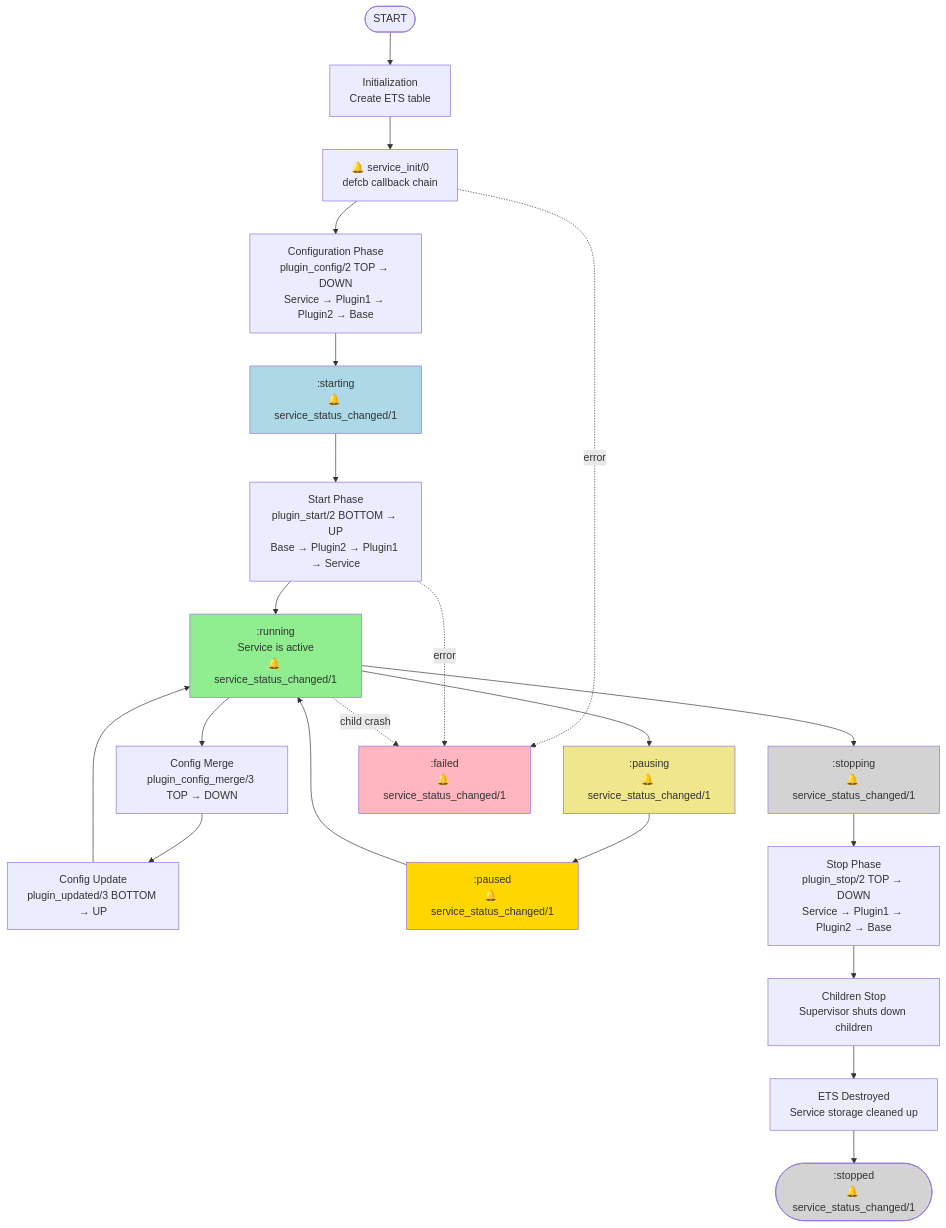
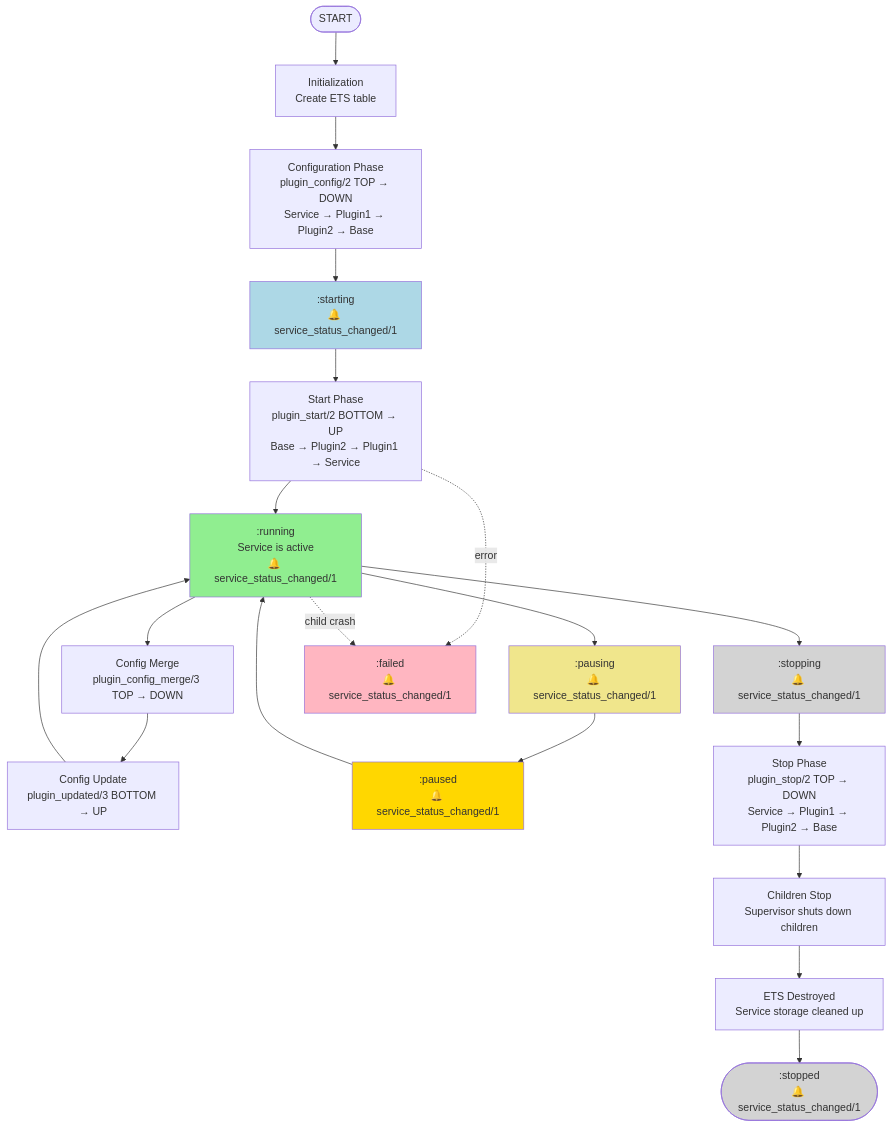
One commit to netkubes/malla changed the diagram in guides/06-lifecycle.md. Above: the diagram before and after it, drawn with Mermaid. The commit also changed other lines of this file and 4 other files, not shown here.

First line of the commit message:
Replace `service_init` with `service_config` callback

````diff
--- a/guides/06-lifecycle.md
+++ b/guides/06-lifecycle.md
@@ -33,49 +33,46 @@
 ```mermaid
 flowchart TD
     START([START])
     INIT[Initialization<br/>Create ETS table]
-    SERVICE_INIT["🔔 service_init/0<br/>defcb callback chain"]
     CONFIG[Configuration Phase<br/>plugin_config/2 TOP → DOWN<br/>Service → Plugin1 → Plugin2 → Base]
     STARTING[":starting<br/>🔔 service_status_changed/1"]
     PLUGIN_START[Start Phase<br/>plugin_start/2 BOTTOM → UP<br/>Base → Plugin2 → Plugin1 → Service]
     RUNNING[":running<br/>Service is active<br/>🔔 service_status_changed/1"]
     RECONFIG_MERGE[Config Merge<br/>plugin_config_merge/3 TOP → DOWN]
     RECONFIG_UPDATE[Config Update<br/>plugin_updated/3 BOTTOM → UP]
     PAUSING[":pausing<br/>🔔 service_status_changed/1"]
     PAUSE[":paused<br/>🔔 service_status_changed/1"]
     STOPPING[":stopping<br/>🔔 service_status_changed/1"]
     STOP[Stop Phase<br/>plugin_stop/2 TOP → DOWN<br/>Service → Plugin1 → Plugin2 → Base]
     CHILDREN[Children Stop<br/>Supervisor shuts down children]
     ETS[ETS Destroyed<br/>Service storage cleaned up]
     STOPPED([":stopped<br/>🔔 service_status_changed/1"])
     FAILED[":failed<br/>🔔 service_status_changed/1"]
     
     START --> INIT
-    INIT --> SERVICE_INIT
-    SERVICE_INIT --> CONFIG
-    SERVICE_INIT -.->|error| FAILED
+    INIT --> CONFIG
     CONFIG --> STARTING
     STARTING --> PLUGIN_START
     PLUGIN_START --> RUNNING
     RUNNING --> RECONFIG_MERGE
     RECONFIG_MERGE --> RECONFIG_UPDATE
     RECONFIG_UPDATE --> RUNNING
     RUNNING --> PAUSING
     PAUSING --> PAUSE
     PAUSE --> RUNNING
     RUNNING --> STOPPING
     STOPPING --> STOP
     STOP --> CHILDREN
     CHILDREN --> ETS
     ETS --> STOPPED
     PLUGIN_START -.->|error| FAILED
     RUNNING -.->|child crash| FAILED
     
     style RUNNING fill:#90EE90
     style PAUSE fill:#FFD700
     style STOPPED fill:#D3D3D3
     style FAILED fill:#FFB6C1
     style STARTING fill:#ADD8E6
     style PAUSING fill:#F0E68C
     style STOPPING fill:#D3D3D3
 ```
````
